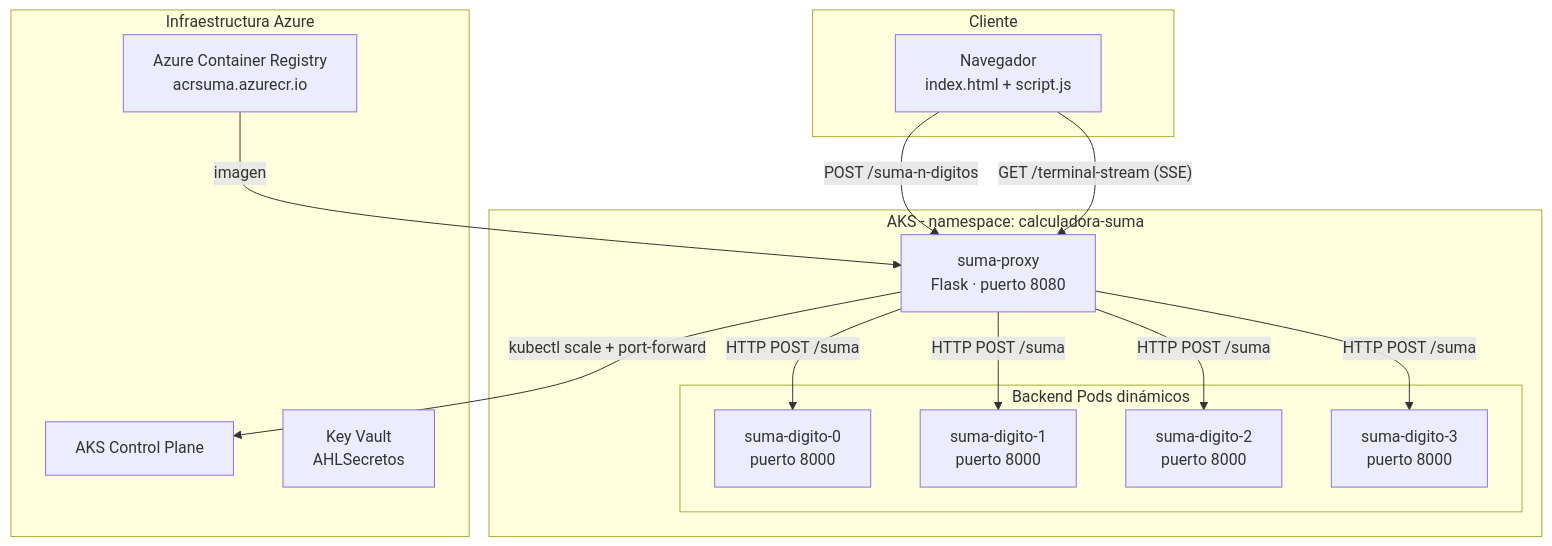
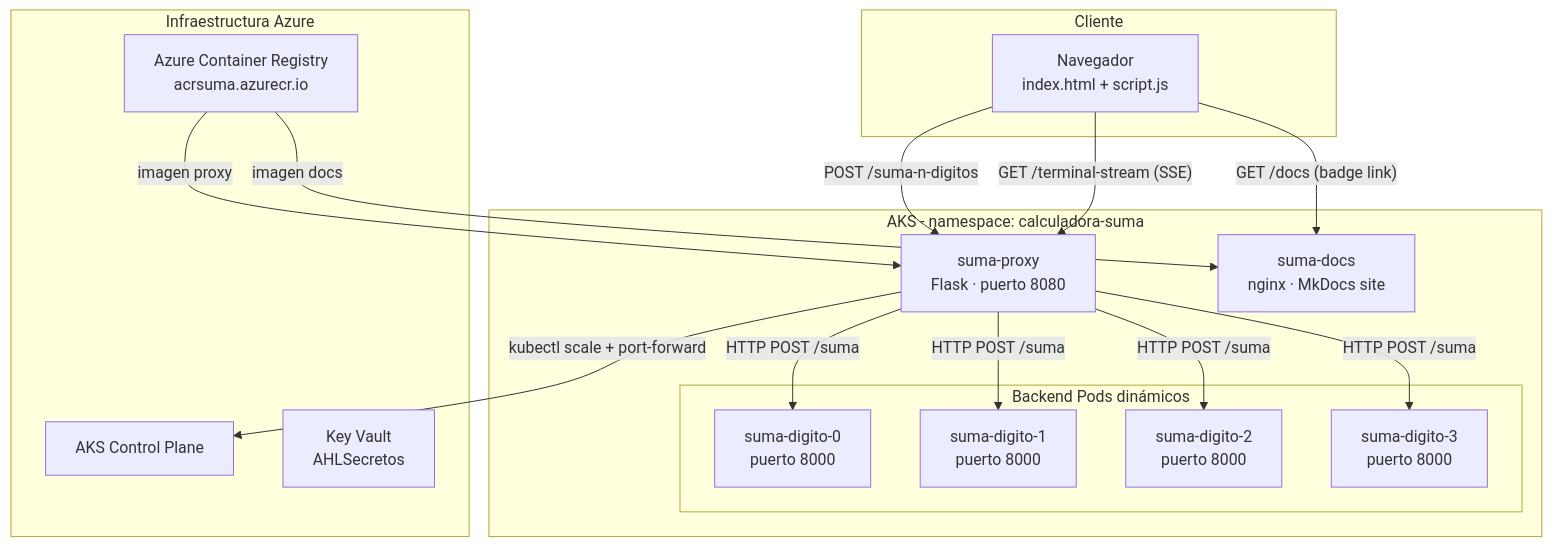
The first of 6 diagrams in README.md (lhalha01/SumaBasicaDocker), drawn with Mermaid before and after one commit. The commit also changed other lines of this file and 2 other files, not shown here.

Commit message:
docs: update README and api placeholders  add DocsGenerate stage, suma-docs architecture, Docs-as-Code section, security hardening details

````diff
--- a/README.md
+++ b/README.md
@@ -24,32 +25,35 @@
 ```mermaid
 graph TB
     subgraph Cliente
         B[Navegador<br/>index.html + script.js]
     end
 
     subgraph AKS - namespace: calculadora-suma
         P[suma-proxy<br/>Flask · puerto 8080]
+        DOCS[suma-docs<br/>nginx · MkDocs site]
 
         subgraph Backend Pods dinámicos
             D0[suma-digito-0<br/>puerto 8000]
             D1[suma-digito-1<br/>puerto 8000]
             D2[suma-digito-2<br/>puerto 8000]
             D3[suma-digito-3<br/>puerto 8000]
         end
     end
 
     subgraph Infraestructura Azure
         ACR[Azure Container Registry<br/>acrsuma.azurecr.io]
         AKS_CTRL[AKS Control Plane]
         KV[Key Vault<br/>AHLSecretos]
     end
 
     B -- "POST /suma-n-digitos" --> P
     B -- "GET /terminal-stream (SSE)" --> P
+    B -- "GET /docs (badge link)" --> DOCS
     P -- "kubectl scale + port-forward" --> AKS_CTRL
     P -- "HTTP POST /suma" --> D0
     P -- "HTTP POST /suma" --> D1
     P -- "HTTP POST /suma" --> D2
     P -- "HTTP POST /suma" --> D3
-    ACR -- imagen --> P
+    ACR -- imagen proxy --> P
+    ACR -- imagen docs --> DOCS
 ```
````
